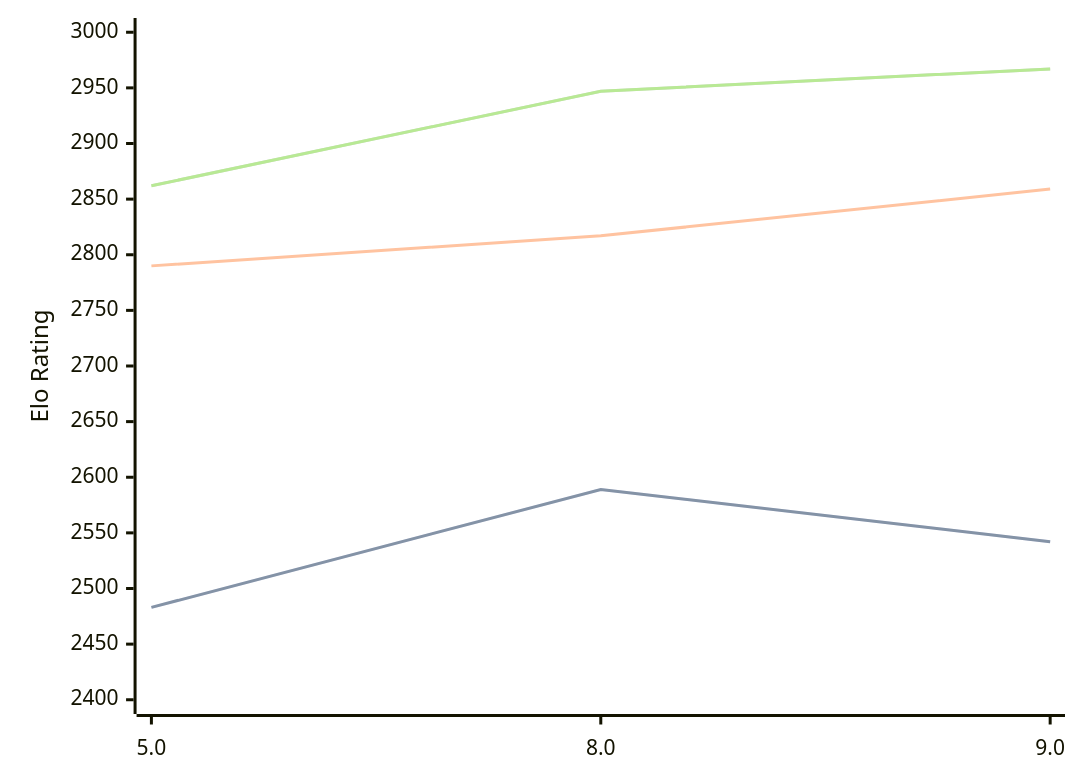
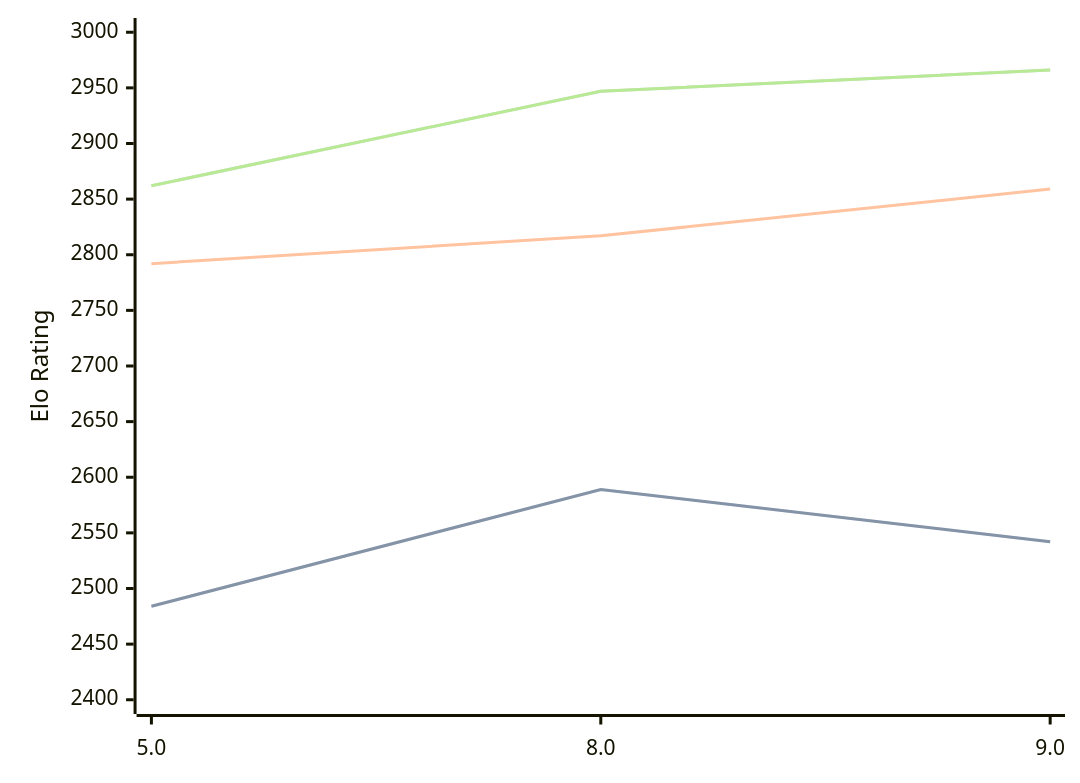
One commit to computer-chess-index/cci changed the diagram in engines/4kc.md. Above: the diagram before and after it, drawn with Mermaid. The commit also changed other lines of this file, not shown here.

Commit message:
Update CCI Ratings (ELO VLTC) - 2026-09-14

````diff
--- a/engines/4kc.md
+++ b/engines/4kc.md
@@ -33,11 +33,11 @@
 ```mermaid
 %%{init: {"theme":"base","themeVariables":{"seriesColors:['#a3a3a3','#222221','#faa371']}}}%%
 xychart-beta
   x-axis ["5.0", "8.0", "9.0"]
   y-axis "Elo Rating" 2400 --> 3000
-  line "" [2483, 2589, 2542]
-  line "STC (8.0+0.08s)" [2483, 2589, 2542]
-  line "LTC (60.0+0.60s)" [2790, 2817, 2859]
-  line "" [2862, 2947, 2967]
-  line "VLTC (2m24s+1.12s)" [2862, 2947, 2967]
+  line "" [2484, 2589, 2542]
+  line "STC (8.0+0.08s)" [2484, 2589, 2542]
+  line "LTC (60.0+0.60s)" [2792, 2817, 2859]
+  line "" [2862, 2947, 2966]
+  line "VLTC (2m24s+1.12s)" [2862, 2947, 2966]
 ```
````
